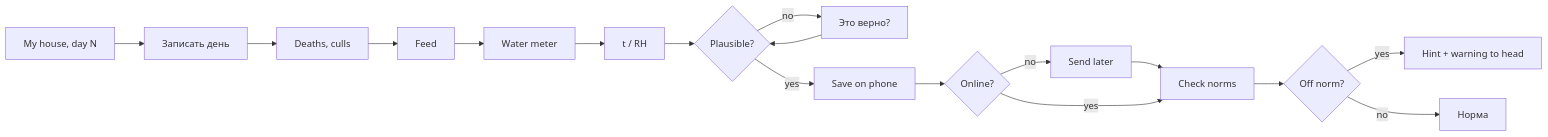
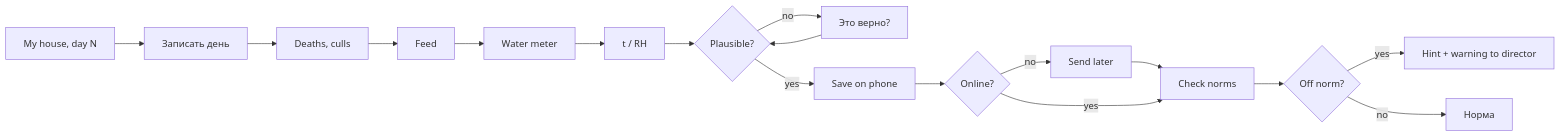
One commit to Nursul7an/poultry-farm changed the third of 4 diagrams in docs/BLUEPRINT.md. Above: the diagram before and after it, drawn with Mermaid. The commit also changed other lines of this file and 10 other files, not shown here.

````diff
--- a/docs/BLUEPRINT.md
+++ b/docs/BLUEPRINT.md
@@ -207,13 +242,13 @@
 ```mermaid
 flowchart LR
   A["My house, day N"] --> B["Записать день"]
   B --> C["Deaths, culls"] --> D["Feed"] --> E["Water meter"] --> F["t / RH"]
   F --> G{"Plausible?"}
   G -- no --> H["Это верно?"] --> G
   G -- yes --> I["Save on phone"] --> J{"Online?"}
   J -- no --> K["Send later"] --> L
   J -- yes --> L["Check norms"]
   L --> M{"Off norm?"}
-  M -- yes --> N["Hint + warning to head"]
+  M -- yes --> N["Hint + warning to director"]
   M -- no --> O["Норма"]
 ```
````
